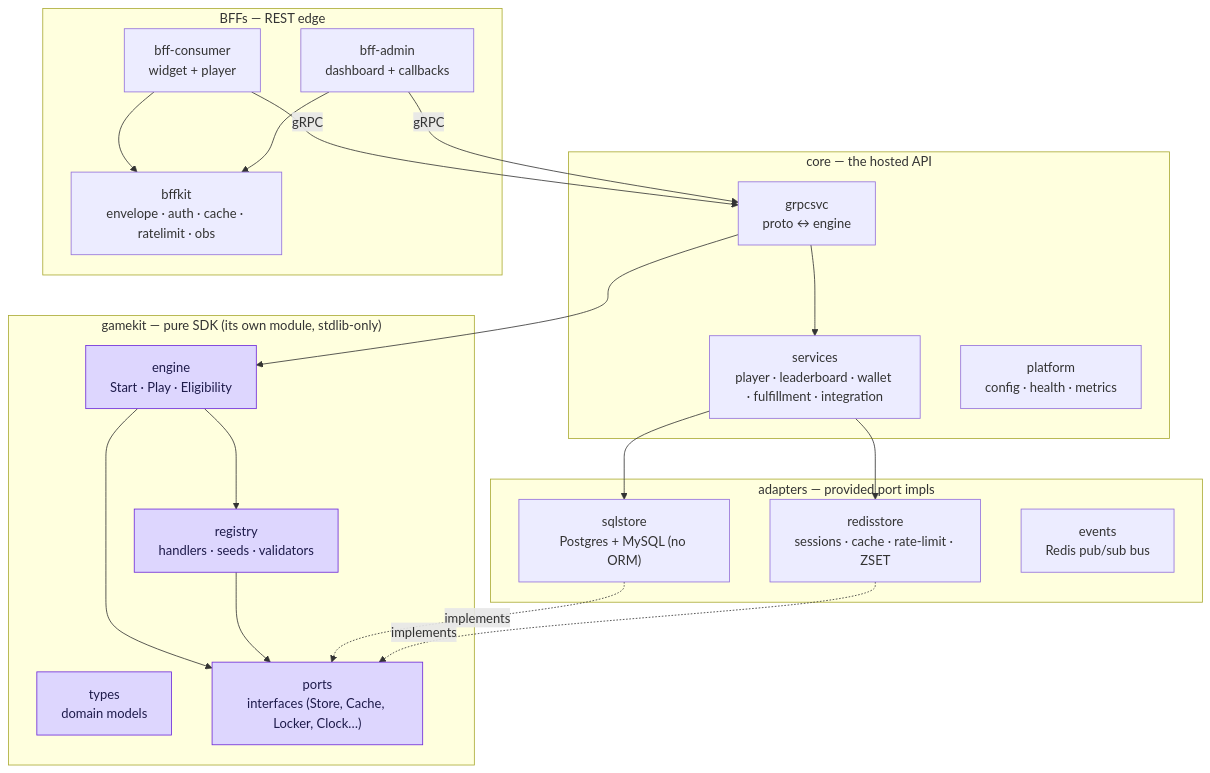
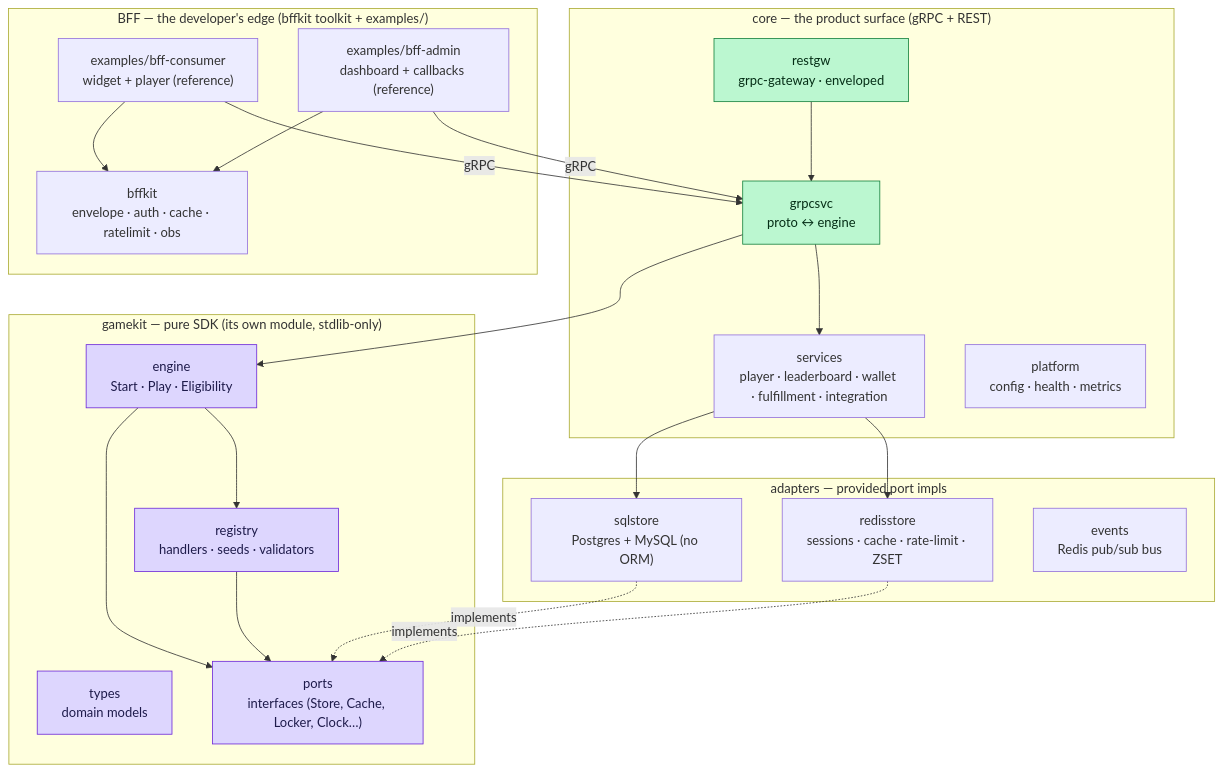
The first of 3 diagrams in website/docs/architecture/overview.md (ndmt1at21/muse), drawn with Mermaid before and after one commit. The commit also changed other lines of this file and 53 other files, not shown here.

````diff
--- a/website/docs/architecture/overview.md
+++ b/website/docs/architecture/overview.md
@@ -11,44 +11,49 @@
 ```mermaid
 flowchart TD
   subgraph SDK["gamekit — pure SDK (its own module, stdlib-only)"]
     types["types<br/>domain models"]
     ports["ports<br/>interfaces (Store, Cache, Locker, Clock…)"]
     engine["engine<br/>Start · Play · Eligibility"]
     reg["registry<br/>handlers · seeds · validators"]
   end
 
   subgraph Adapters["adapters — provided port impls"]
     sql["sqlstore<br/>Postgres + MySQL (no ORM)"]
     redis["redisstore<br/>sessions · cache · rate-limit · ZSET"]
     bus["events<br/>Redis pub/sub bus"]
   end
 
-  subgraph CoreSvc["core — the hosted API"]
+  subgraph CoreSvc["core — the product surface (gRPC + REST)"]
     grpc["grpcsvc<br/>proto ↔ engine"]
+    gw["restgw<br/>grpc-gateway · enveloped"]
     svcs["services<br/>player · leaderboard · wallet · fulfillment · integration"]
     plat["platform<br/>config · health · metrics"]
   end
 
-  subgraph BFF["BFFs — REST edge"]
+  subgraph BFF["BFF — the developer's edge (bffkit toolkit + examples/)"]
     kit["bffkit<br/>envelope · auth · cache · ratelimit · obs"]
-    cons["bff-consumer<br/>widget + player"]
-    adm["bff-admin<br/>dashboard + callbacks"]
+    cons["examples/bff-consumer<br/>widget + player (reference)"]
+    adm["examples/bff-admin<br/>dashboard + callbacks (reference)"]
   end
 
   engine --> ports
   reg --> ports
   engine --> reg
   sql -.implements.-> ports
   redis -.implements.-> ports
   grpc --> engine
+  gw --> grpc
   svcs --> sql
   svcs --> redis
   grpc --> svcs
   cons --> kit
   adm --> kit
   cons -->|gRPC| grpc
   adm -->|gRPC| grpc
 
+  classDef surface fill:#bbf7d0,stroke:#15803d,color:#052e16;
+  class grpc,gw surface;
+
   classDef pure fill:#ddd6fe,stroke:#6d28d9,color:#1e1b4b;
   class types,ports,engine,reg pure;
 ```
````
